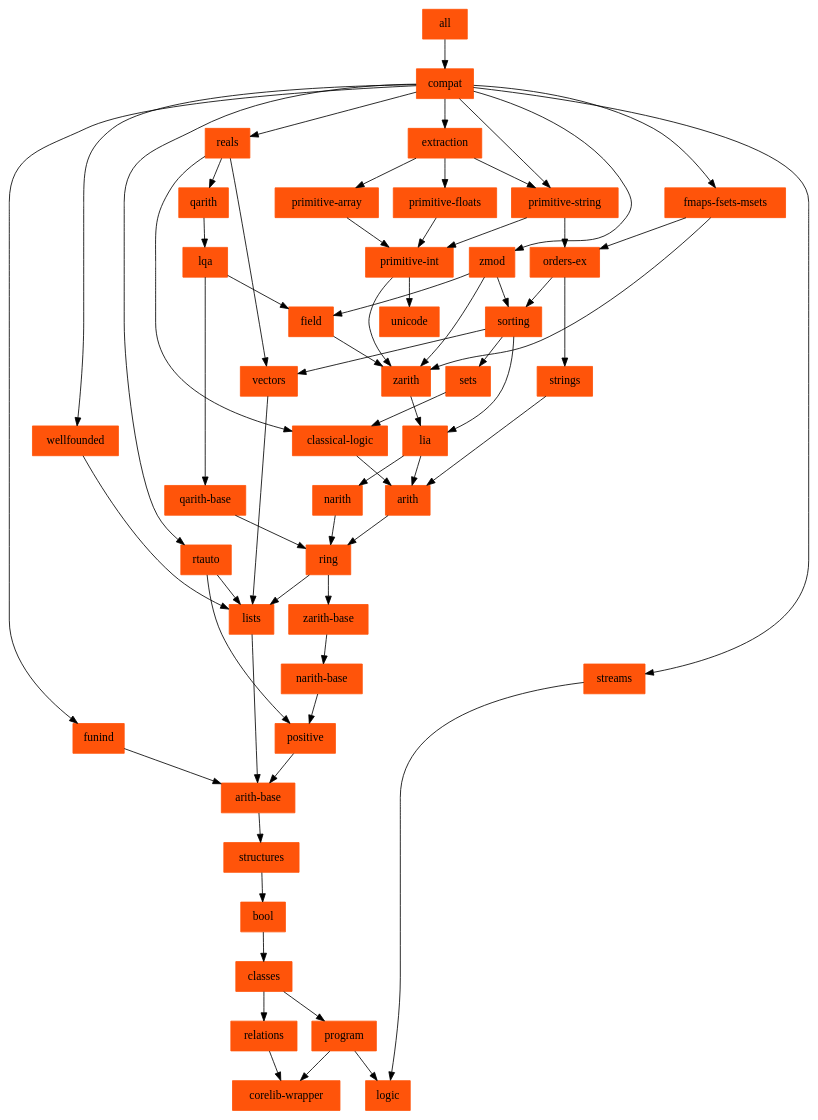
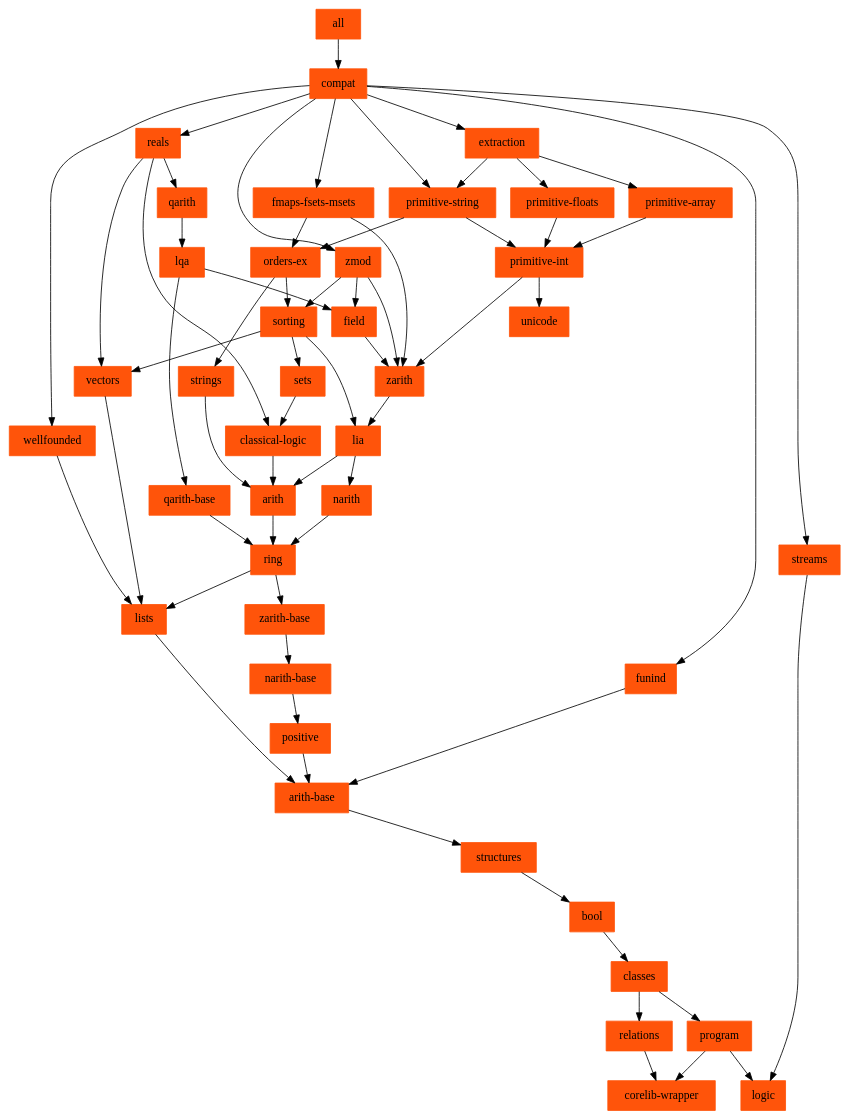
Before and after one commit to rocq-prover/stdlib: the diagram in doc/stdlib/depends.dot, drawn with Graphviz. The commit also changed 3 other files, not shown here.

```diff
--- a/doc/stdlib/depends.dot
+++ b/doc/stdlib/depends.dot
@@ -1,75 +1,72 @@
 # this has been mostly automatically generated by dev/tools/make-depends.sh
 # when editing this, ensure to keep .nix/rocq-overlays/stdlib-subcomponents
 # in sync
 digraph stdlib_deps {
 	node [color="#ff540a",
 		shape=rectangle,
 		style=filled
 		URL="#\N"
 	];
 	bool -> classes;
 	classes -> program;
 	classes -> relations;
 	program -> "corelib-wrapper";
 	program -> logic;
 	strings -> arith;
 	reals -> qarith;
 	reals -> vectors;
 	reals -> "classical-logic";
 	"arith-base" -> structures;
 	zarith -> lia;
 	zmod -> zarith;
 	zmod -> sorting;
 	zmod -> field;
 	qarith -> lqa;
 	positive -> "arith-base";
 	narith -> ring;
 	ring -> lists;
 	ring -> "zarith-base";
 	arith -> ring;
 	structures -> bool;
 	"narith-base" -> positive;
 	lists -> "arith-base";
 	"zarith-base" -> "narith-base";
 	"primitive-int" -> zarith;
 	"primitive-int" -> unicode;
 	lia -> narith;
 	lia -> arith;
 	"fmaps-fsets-msets" -> zarith;
 	"fmaps-fsets-msets" -> "orders-ex";
 	"orders-ex" -> strings;
 	"orders-ex" -> sorting;
 	sets -> "classical-logic";
 	sorting -> lia;
 	sorting -> sets;
 	sorting -> vectors;
 	"primitive-floats" -> "primitive-int";
 	wellfounded -> lists;
 	relations -> "corelib-wrapper";
 	"primitive-string" -> "primitive-int";
 	"primitive-string" -> "orders-ex";
 	vectors -> lists;
 	field -> zarith;
 	lqa -> field;
 	lqa -> "qarith-base";
 	"qarith-base" -> ring;
 	"classical-logic" -> arith;
 	extraction -> "primitive-string";
 	extraction -> "primitive-floats";
 	extraction -> "primitive-array";
 	"primitive-array" -> "primitive-int";
 	streams -> logic;
 	funind -> "arith-base";
-	rtauto -> positive;
-	rtauto -> lists;
 	compat -> zmod;
 	compat -> reals;
 	compat -> "fmaps-fsets-msets";
 	compat -> wellfounded;
 	compat -> "primitive-string";
 	compat -> extraction;
 	compat -> streams;
 	compat -> funind;
-	compat -> rtauto;
         all -> compat
 }
```
